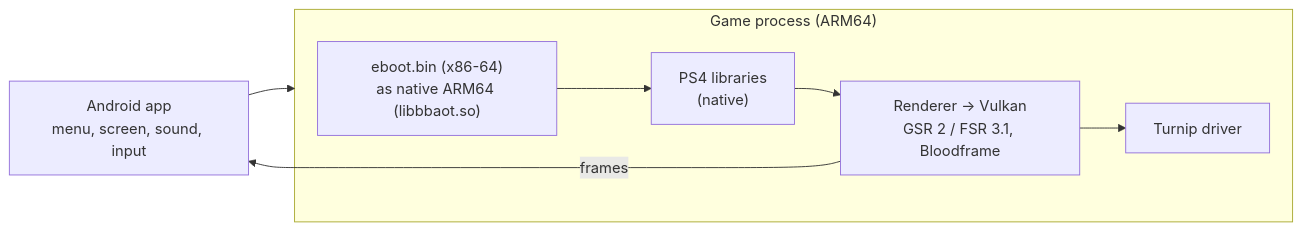
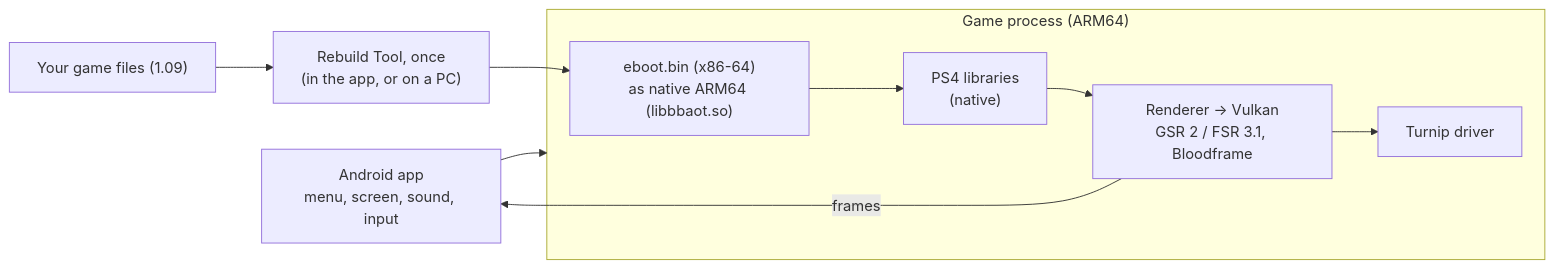
Before and after one commit to ducvd89/Bloodborne-Android: the diagram in README.md, drawn with Mermaid. The commit also changed other lines of this file, not shown here.

Commit message:
README for 2.1.0: native code on the phone or on a PC, when to rebuild, requirements

````diff
--- a/README.md
+++ b/README.md
@@ -206,8 +172,9 @@
 ```mermaid
 flowchart LR
   app["Android app<br>menu, screen, sound, input"] --> game
   subgraph game["Game process (ARM64)"]
     eboot["eboot.bin (x86-64)<br>as native ARM64 (libbbaot.so)"] --> rt["PS4 libraries<br>(native)"] --> gpu["Renderer → Vulkan<br>GSR 2 / FSR 3.1, Bloodframe"] --> drv["Turnip driver"]
   end
   gpu -- "frames" --> app
+  files["Your game files (1.09)"] --> tool["Rebuild Tool, once<br>(in the app, or on a PC)"] --> eboot
 ```
````
